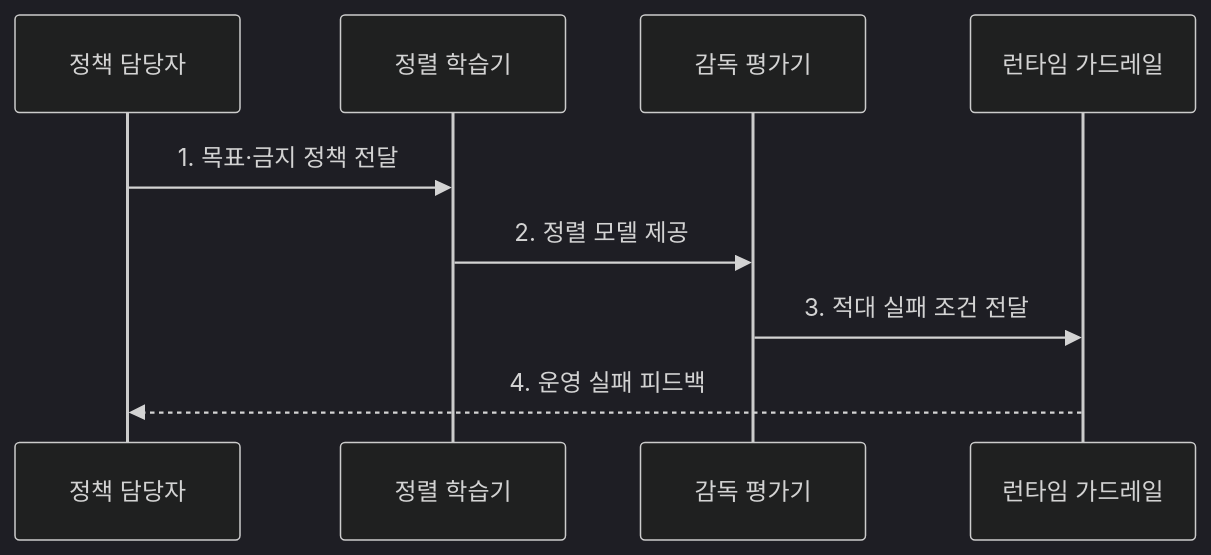
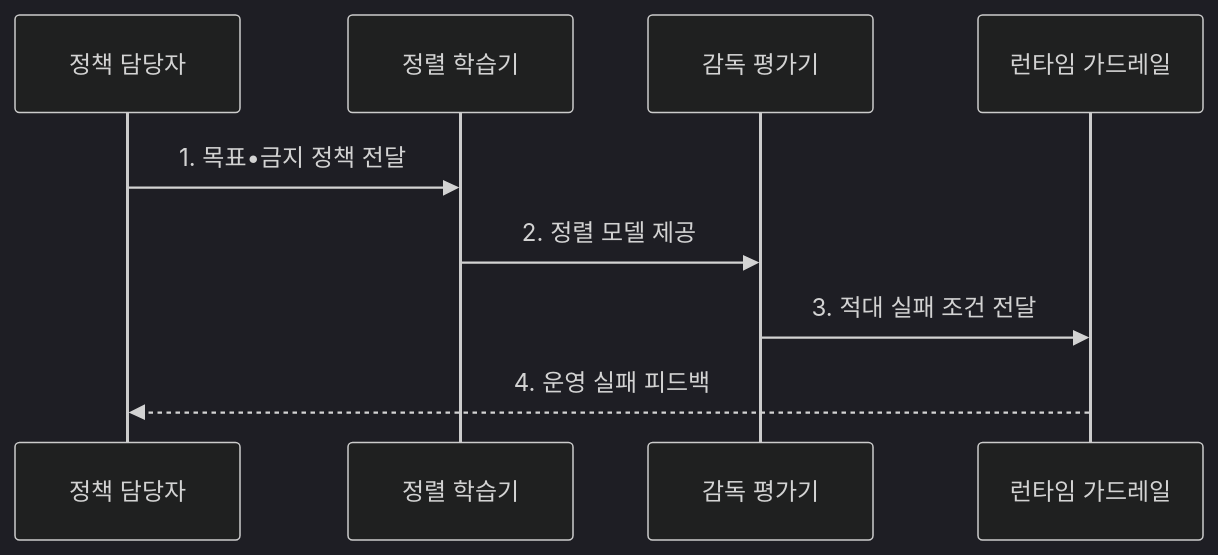
The second of 2 diagrams in src/content/docs/notes/08-latest-tech/067_ai_alignment.md (agnusdei1207/knowledge-base), drawn with Mermaid (dark theme) before and after one commit. The commit also changed other lines of this file and 953 other files, not shown here.

````diff
--- a/src/content/docs/notes/08-latest-tech/067_ai_alignment.md
+++ b/src/content/docs/notes/08-latest-tech/067_ai_alignment.md
@@ -107,11 +107,11 @@
 ```mermaid
 sequenceDiagram
     participant P as 정책 담당자
     participant T as 정렬 학습기
     participant E as 감독 평가기
     participant G as 런타임 가드레일
-    P->>T: 1. 목표·금지 정책 전달
+    P->>T: 1. 목표•금지 정책 전달
     T->>E: 2. 정렬 모델 제공
     E->>G: 3. 적대 실패 조건 전달
     G-->>P: 4. 운영 실패 피드백
 ```
````
